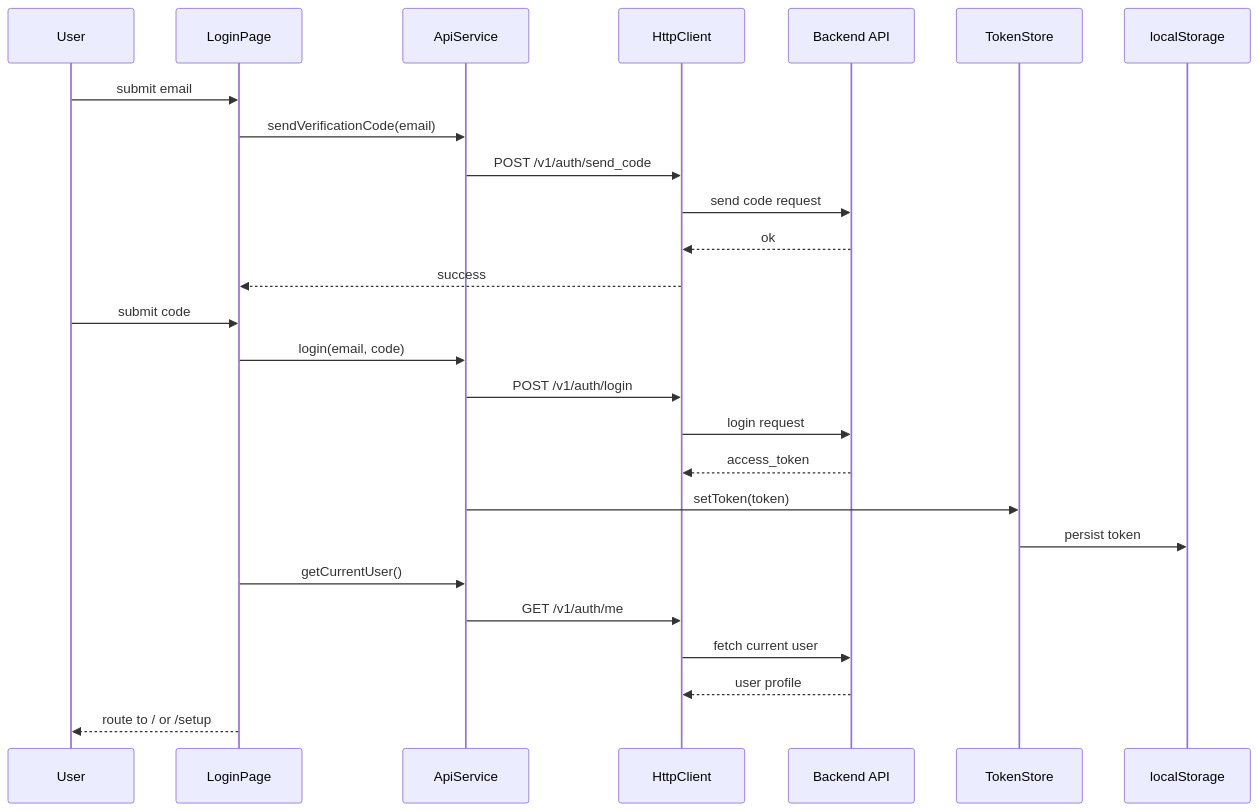
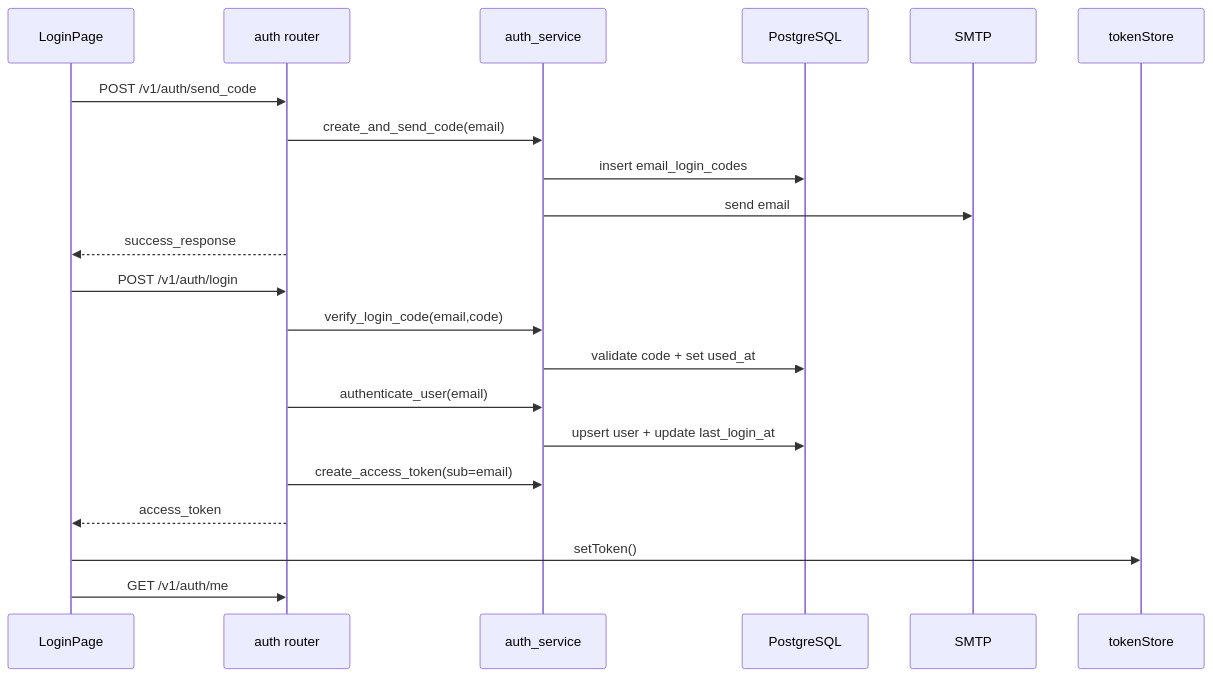
One commit to ChasePassion/role-playing changed the fourth of 13 diagrams in .agent/project.md. Above: the diagram before and after it, drawn with Mermaid. The commit also changed other lines of this file, not shown here.

````diff
--- a/.agent/project.md
+++ b/.agent/project.md
@@ -188,30 +329,25 @@
 ```mermaid
 sequenceDiagram
-    participant U as User
     participant LP as LoginPage
-    participant AS as ApiService
-    participant HC as HttpClient
-    participant API as Backend API
-    participant TS as TokenStore
-    participant LS as localStorage
+    participant AR as auth router
+    participant AS as auth_service
+    participant DB as PostgreSQL
+    participant SMTP as SMTP
+    participant TS as tokenStore
 
-    U->>LP: submit email
-    LP->>AS: sendVerificationCode(email)
-    AS->>HC: POST /v1/auth/send_code
-    HC->>API: send code request
-    API-->>HC: ok
-    HC-->>LP: success
+    LP->>AR: POST /v1/auth/send_code
+    AR->>AS: create_and_send_code(email)
+    AS->>DB: insert email_login_codes
+    AS->>SMTP: send email
+    AR-->>LP: success_response
 
-    U->>LP: submit code
-    LP->>AS: login(email, code)
-    AS->>HC: POST /v1/auth/login
-    HC->>API: login request
-    API-->>HC: access_token
-    AS->>TS: setToken(token)
-    TS->>LS: persist token
-    LP->>AS: getCurrentUser()
-    AS->>HC: GET /v1/auth/me
-    HC->>API: fetch current user
-    API-->>HC: user profile
-    LP-->>U: route to / or /setup
+    LP->>AR: POST /v1/auth/login
+    AR->>AS: verify_login_code(email,code)
+    AS->>DB: validate code + set used_at
+    AR->>AS: authenticate_user(email)
+    AS->>DB: upsert user + update last_login_at
+    AR->>AS: create_access_token(sub=email)
+    AR-->>LP: access_token
+    LP->>TS: setToken()
+    LP->>AR: GET /v1/auth/me
 ```
````
